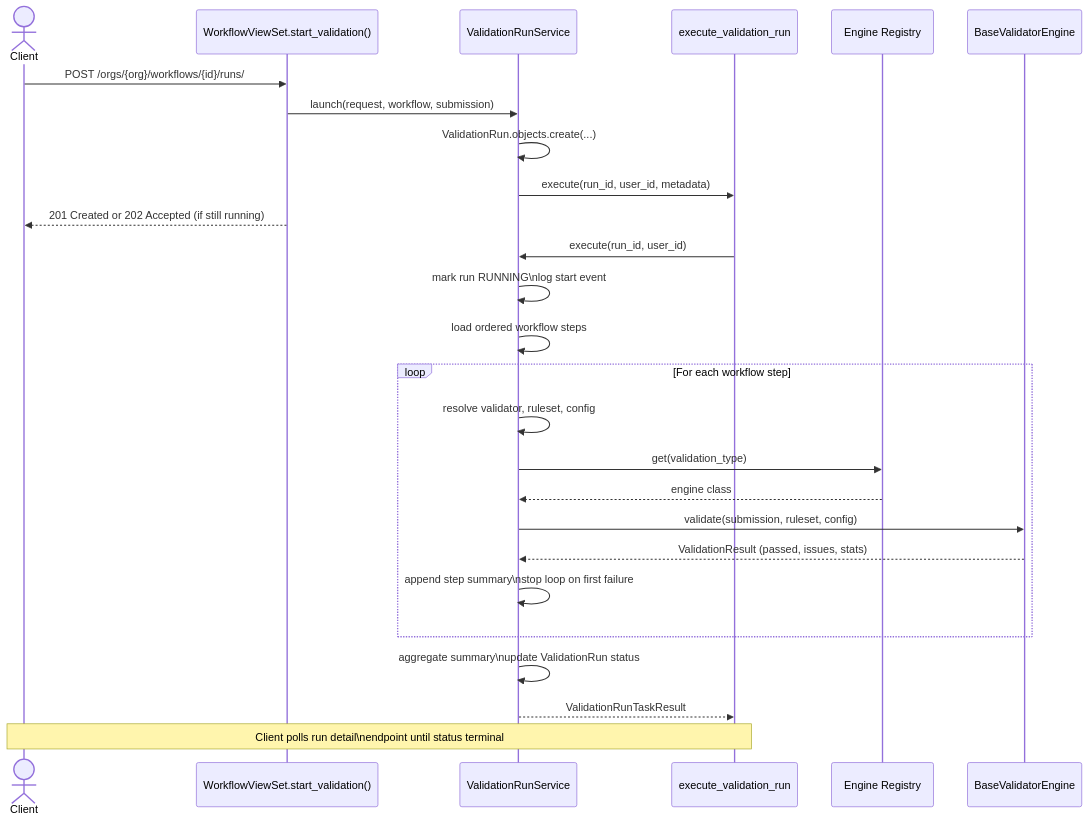
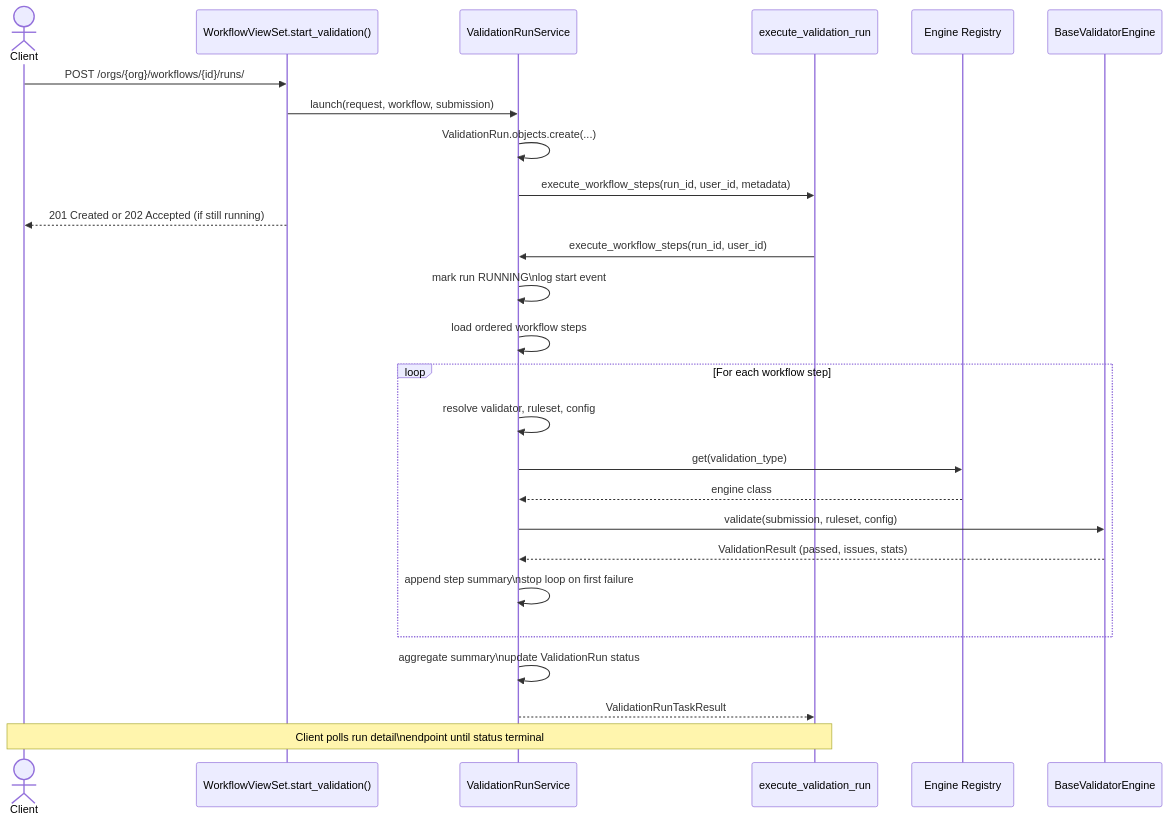
Before and after one commit to danielmcquillen/validibot: the diagram in docs/dev_docs/overview/how_it_works.md, drawn with Mermaid. The commit also changed other lines of this file and 54 other files, not shown here.

````diff
--- a/docs/dev_docs/overview/how_it_works.md
+++ b/docs/dev_docs/overview/how_it_works.md
@@ -212,32 +212,32 @@
 ```mermaid
 sequenceDiagram
     actor Client
     participant API as WorkflowViewSet.start_validation()
     participant Service as ValidationRunService
     participant Worker as execute_validation_run
     participant Registry as Engine Registry
     participant Engine as BaseValidatorEngine
 
     Client->>API: POST /orgs/{org}/workflows/{id}/runs/
     API->>Service: launch(request, workflow, submission)
     Service->>Service: ValidationRun.objects.create(...)
-    Service->>Worker: execute(run_id, user_id, metadata)
+    Service->>Worker: execute_workflow_steps(run_id, user_id, metadata)
     API-->>Client: 201 Created or 202 Accepted (if still running)
 
-    Worker->>Service: execute(run_id, user_id)
+    Worker->>Service: execute_workflow_steps(run_id, user_id)
     Service->>Service: mark run RUNNING\nlog start event
     Service->>Service: load ordered workflow steps
 
     loop For each workflow step
         Service->>Service: resolve validator, ruleset, config
         Service->>Registry: get(validation_type)
         Registry-->>Service: engine class
         Service->>Engine: validate(submission, ruleset, config)
         Engine-->>Service: ValidationResult (passed, issues, stats)
         Service->>Service: append step summary\nstop loop on first failure
     end
 
     Service->>Service: aggregate summary\nupdate ValidationRun status
     Service-->>Worker: ValidationRunTaskResult
     note over Client,Worker: Client polls run detail\nendpoint until status terminal
 ```
````
